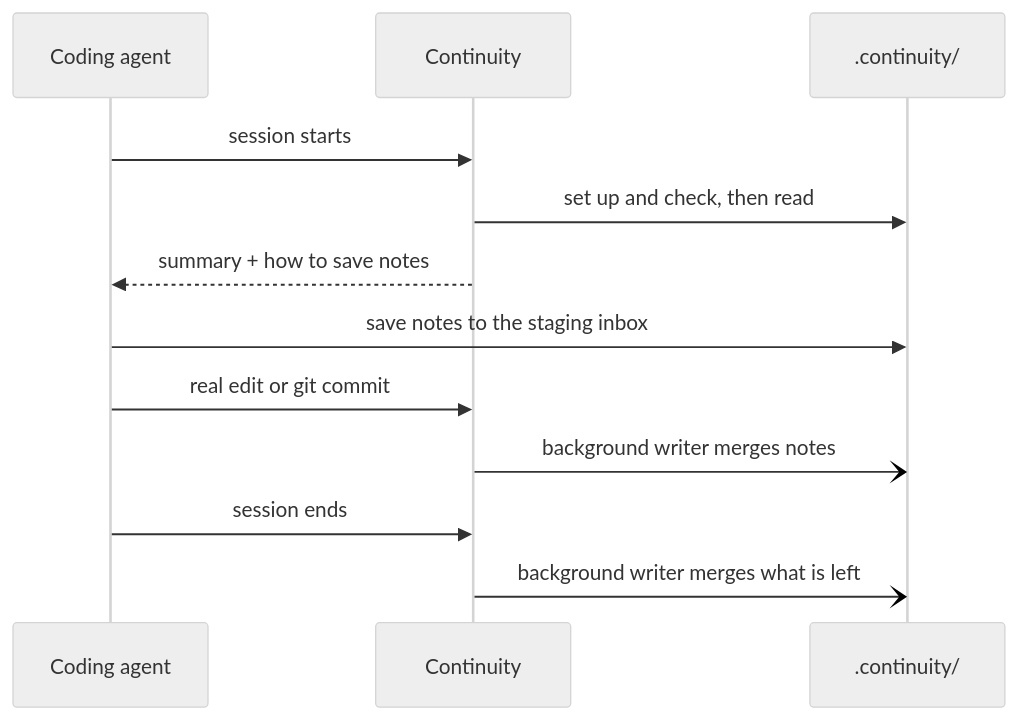
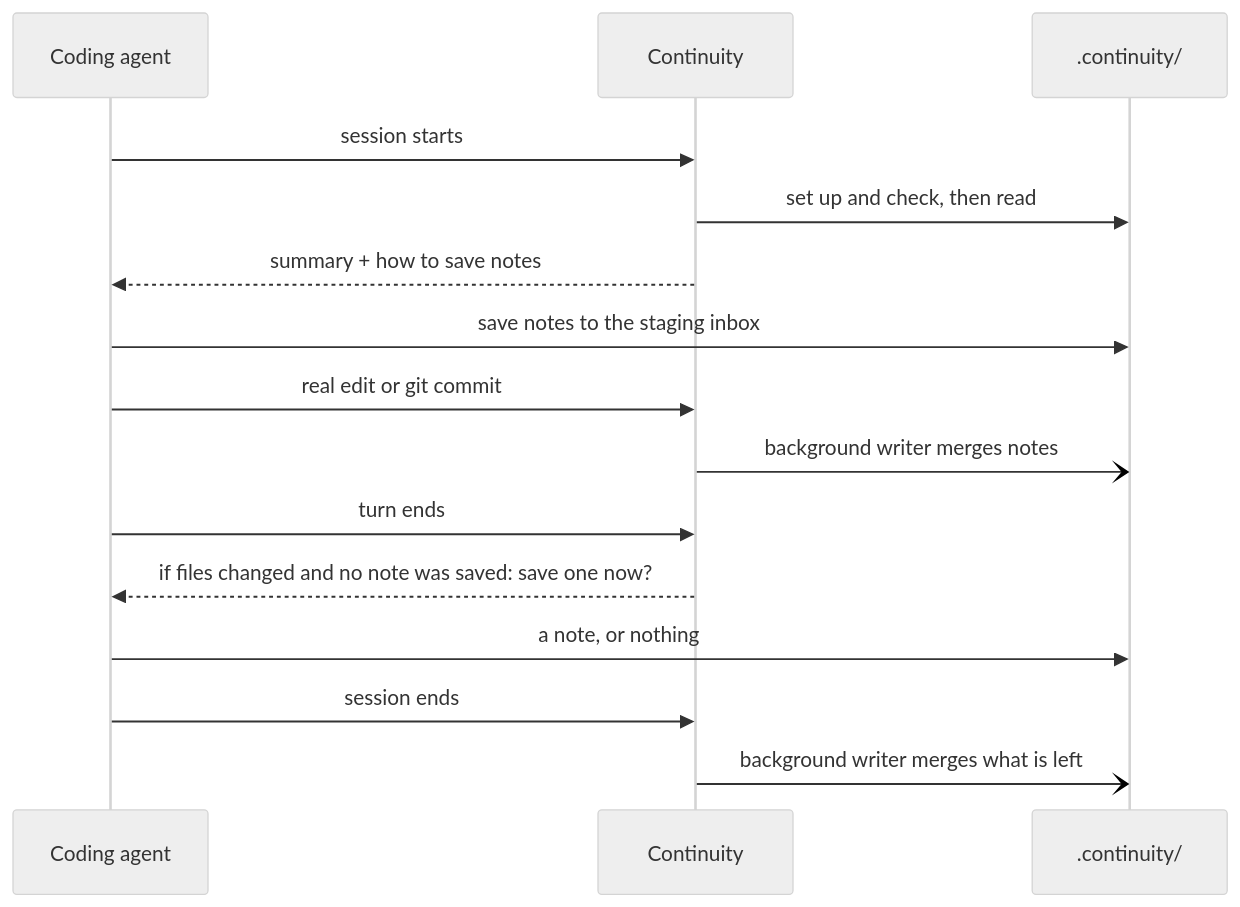
Before and after one commit to navjyotnishant/continuity: the diagram in docs/architecture.md, drawn with Mermaid (neutral theme). The commit also changed other lines of this file and 6 other files, not shown here.

````diff
--- a/docs/architecture.md
+++ b/docs/architecture.md
@@ -26,14 +31,17 @@
 ```mermaid
 sequenceDiagram
     participant A as Coding agent
     participant C as Continuity
     participant S as .continuity/
     A->>C: session starts
     C->>S: set up and check, then read
     C-->>A: summary + how to save notes
     A->>S: save notes to the staging inbox
     A->>C: real edit or git commit
     C-)S: background writer merges notes
+    A->>C: turn ends
+    C-->>A: if files changed and no note was saved: save one now?
+    A->>S: a note, or nothing
     A->>C: session ends
     C-)S: background writer merges what is left
 ```
````
